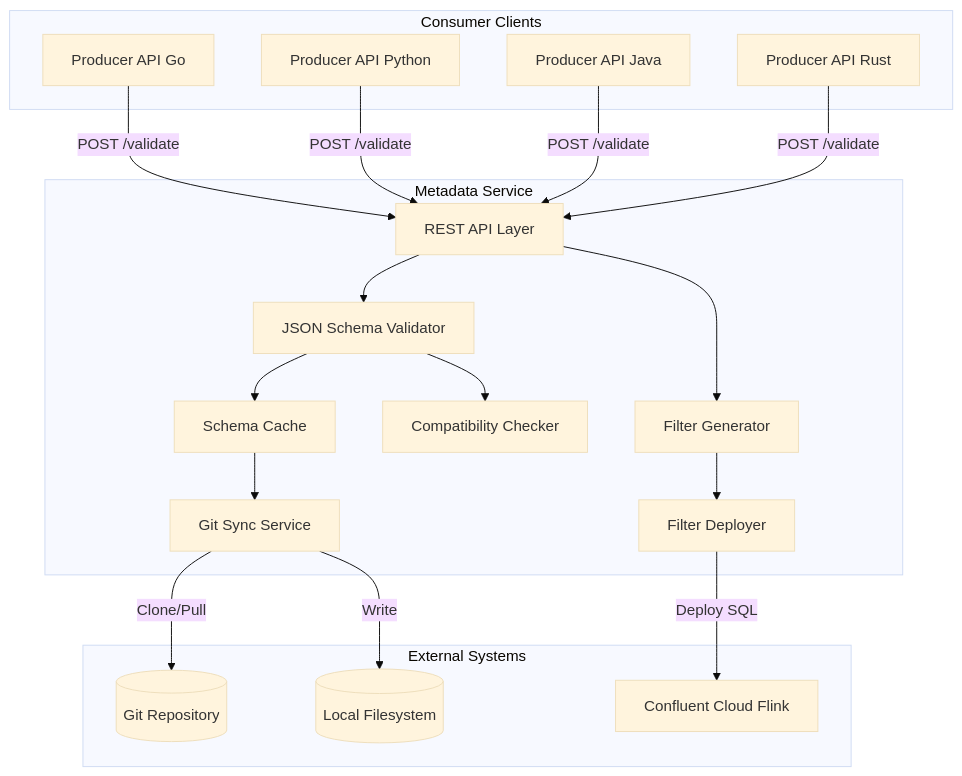
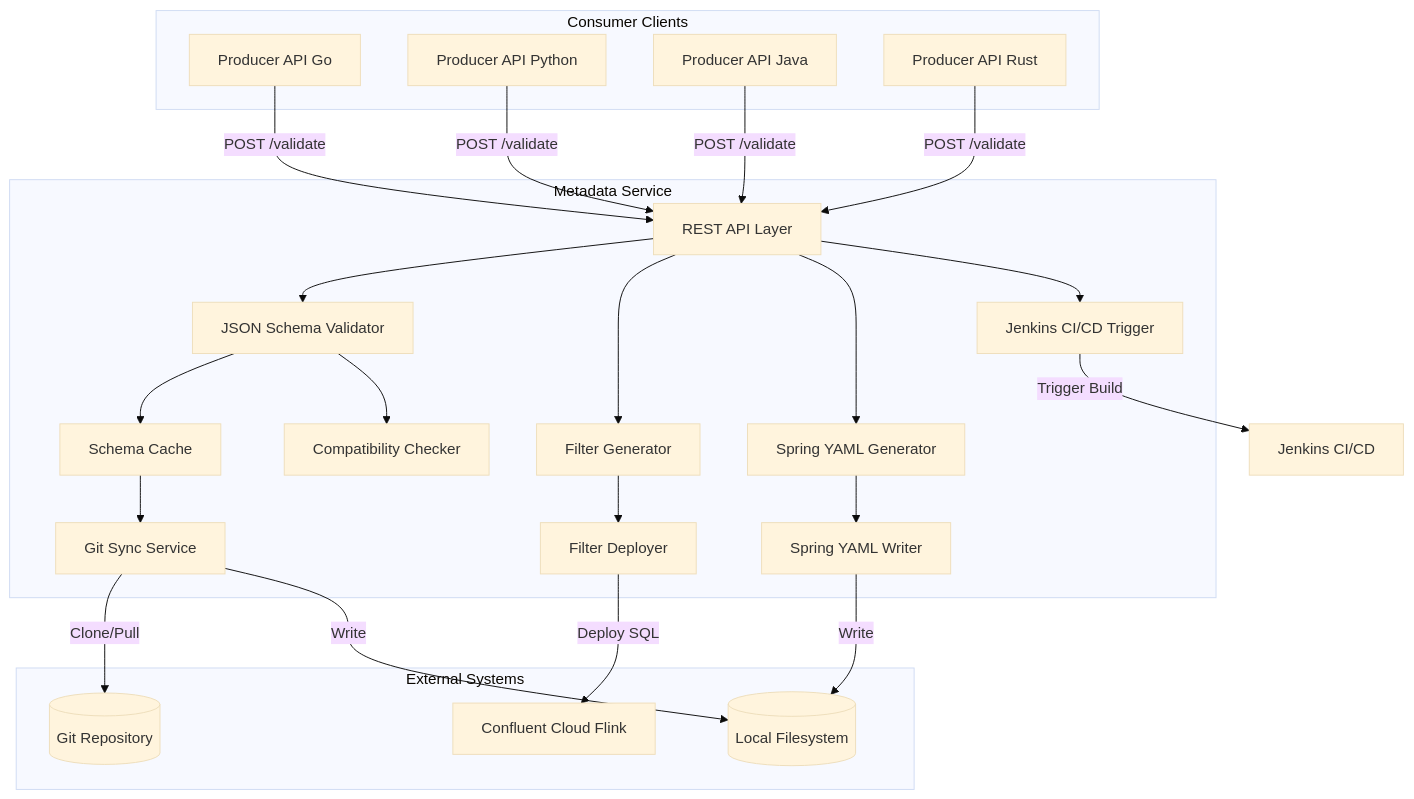
The first of 12 diagrams in metadata-service-java/METADATA_SERVICE_DOCUMENTATION.md (RickZee/api-performance-multi-lang), drawn with Mermaid (base theme) before and after one commit. The commit also changed other lines of this file and 19 other files, not shown here.

````diff
--- a/metadata-service-java/METADATA_SERVICE_DOCUMENTATION.md
+++ b/metadata-service-java/METADATA_SERVICE_DOCUMENTATION.md
@@ -24,40 +26,48 @@
 ```mermaid
 graph TB
     subgraph Clients [Consumer Clients]
         ProducerGo[Producer API Go]
         ProducerPython[Producer API Python]
         ProducerJava[Producer API Java]
         ProducerRust[Producer API Rust]
     end
 
     subgraph MetadataService [Metadata Service]
         API[REST API Layer]
         Validator[JSON Schema Validator]
         Cache[Schema Cache]
         GitSync[Git Sync Service]
         FilterGen[Filter Generator]
         FilterDeploy[Filter Deployer]
         CompatCheck[Compatibility Checker]
+        SpringYamlGen[Spring YAML Generator]
+        SpringYamlWriter[Spring YAML Writer]
+        JenkinsTrigger[Jenkins CI/CD Trigger]
     end
 
     subgraph External [External Systems]
         GitRepo[(Git Repository)]
         Confluent[Confluent Cloud Flink]
         LocalFS[(Local Filesystem)]
     end
 
     ProducerGo -->|POST /validate| API
     ProducerPython -->|POST /validate| API
     ProducerJava -->|POST /validate| API
     ProducerRust -->|POST /validate| API
 
     API --> Validator
     API --> FilterGen
     Validator --> Cache
     Cache --> GitSync
     GitSync -->|Clone/Pull| GitRepo
     GitSync -->|Write| LocalFS
     FilterGen --> FilterDeploy
     FilterDeploy -->|Deploy SQL| Confluent
     Validator --> CompatCheck
+    API --> SpringYamlGen
+    SpringYamlGen --> SpringYamlWriter
+    SpringYamlWriter -->|Write| LocalFS
+    API --> JenkinsTrigger
+    JenkinsTrigger -->|Trigger Build| Jenkins[Jenkins CI/CD]
 ```
````
